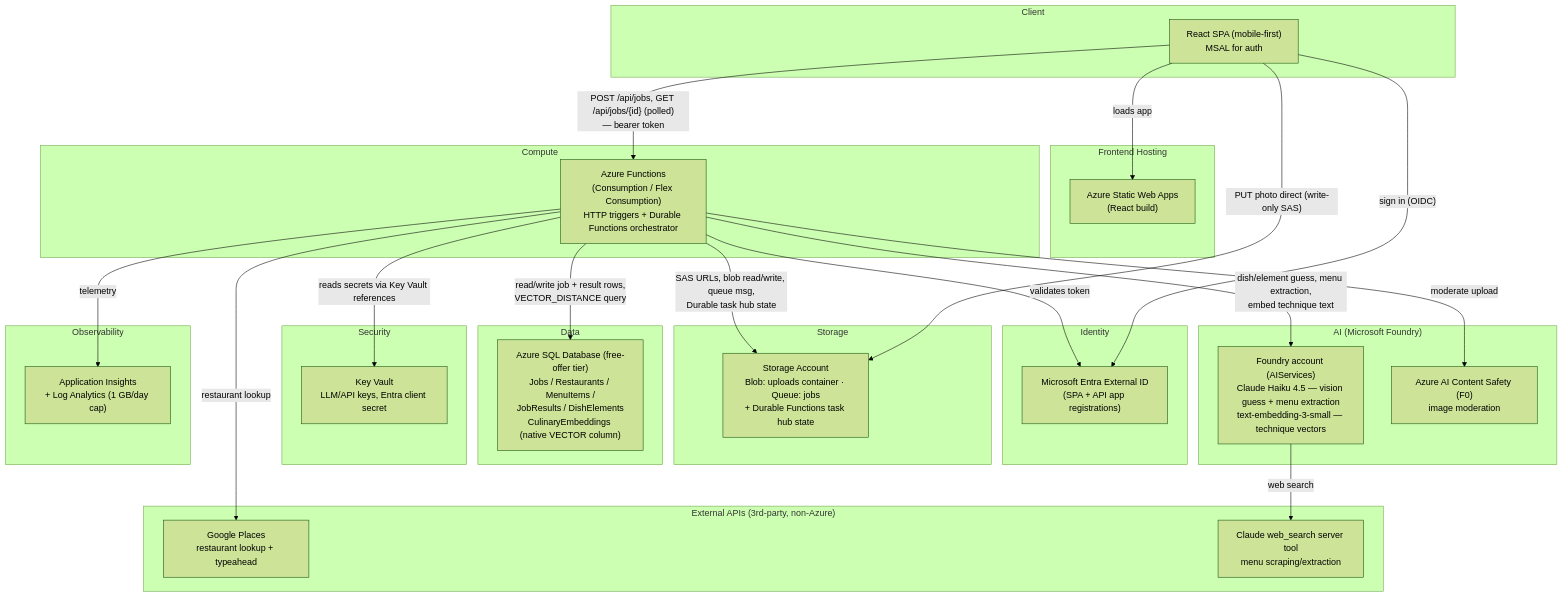
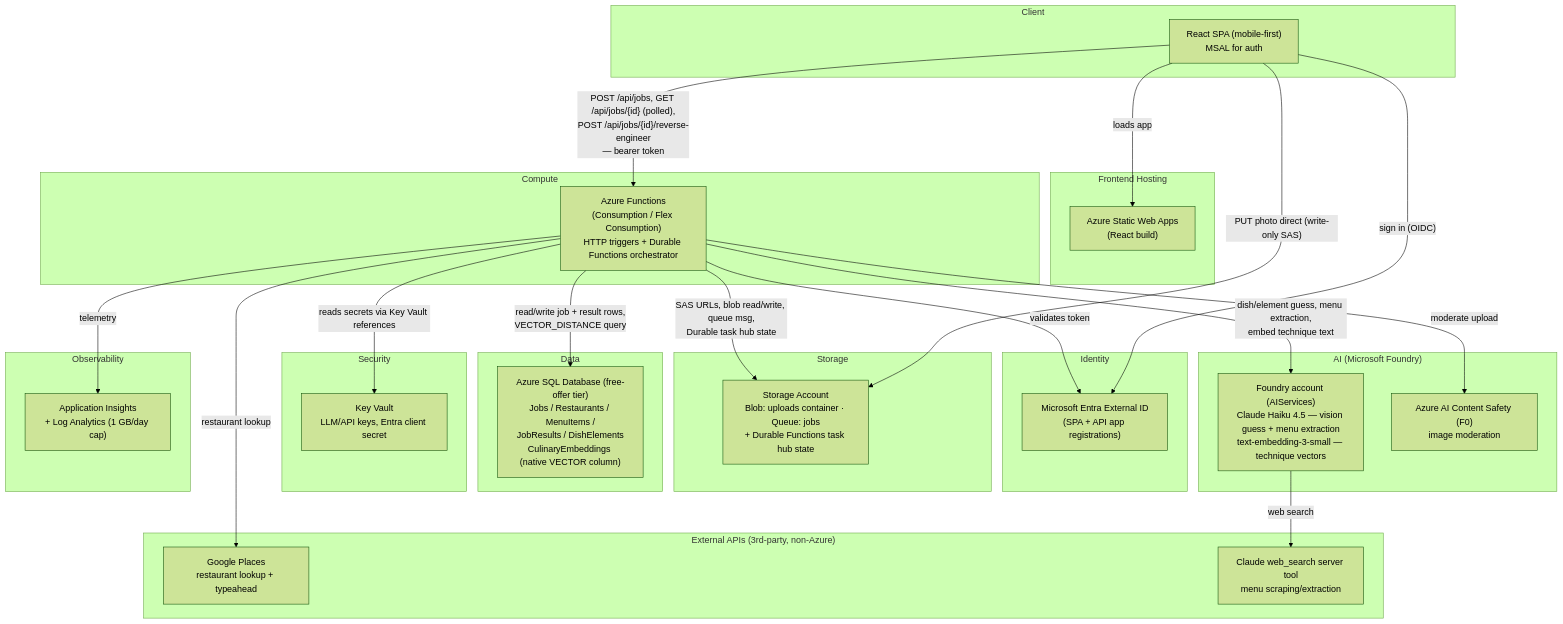
One commit to joelwood420/Replate changed the diagram in docs/architecture.md. Above: the diagram before and after it, drawn with Mermaid (forest theme). The commit also changed other lines of this file and 33 other files, not shown here.

````diff
--- a/docs/architecture.md
+++ b/docs/architecture.md
@@ -17,59 +17,59 @@
 ```mermaid
 flowchart TB
     subgraph Client["Client"]
         Browser["React SPA (mobile-first)<br/>MSAL for auth"]
     end
 
     subgraph Identity["Identity"]
         EntraID["Microsoft Entra External ID<br/>(SPA + API app registrations)"]
     end
 
     subgraph Hosting["Frontend Hosting"]
         SWA["Azure Static Web Apps<br/>(React build)"]
     end
 
     subgraph Compute["Compute"]
         FuncApp["Azure Functions<br/>(Consumption / Flex Consumption)<br/>HTTP triggers + Durable Functions orchestrator"]
     end
 
     subgraph Storage["Storage"]
         StorageAcct["Storage Account<br/>Blob: uploads container · Queue: jobs<br/>+ Durable Functions task hub state"]
     end
 
     subgraph Data["Data"]
         SQL["Azure SQL Database (free-offer tier)<br/>Jobs / Restaurants / MenuItems /<br/>JobResults / DishElements<br/>CulinaryEmbeddings (native VECTOR column)"]
     end
 
     subgraph Security["Security"]
         KeyVault["Key Vault<br/>LLM/API keys, Entra client secret"]
     end
 
     subgraph AI["AI (Microsoft Foundry)"]
         Foundry["Foundry account (AIServices)<br/>Claude Haiku 4.5 — vision guess + menu extraction<br/>text-embedding-3-small — technique vectors"]
         ContentSafety["Azure AI Content Safety (F0)<br/>image moderation"]
     end
 
     subgraph Observability["Observability"]
         AppInsights["Application Insights<br/>+ Log Analytics (1 GB/day cap)"]
     end
 
     subgraph External["External APIs (3rd-party, non-Azure)"]
         Places["Google Places<br/>restaurant lookup + typeahead"]
         WebSearch["Claude web_search server tool<br/>menu scraping/extraction"]
     end
 
     Browser -- "sign in (OIDC)" --> EntraID
     Browser -- "loads app" --> SWA
-    Browser -- "POST /api/jobs, GET /api/jobs/{id} (polled)<br/>— bearer token" --> FuncApp
+    Browser -- "POST /api/jobs, GET /api/jobs/{id} (polled),<br/>POST /api/jobs/{id}/reverse-engineer<br/>— bearer token" --> FuncApp
     Browser -- "PUT photo direct (write-only SAS)" --> StorageAcct
 
     FuncApp -- "validates token" --> EntraID
     FuncApp -- "SAS URLs, blob read/write, queue msg,<br/>Durable task hub state" --> StorageAcct
     FuncApp -- "reads secrets via Key Vault references" --> KeyVault
     FuncApp -- "restaurant lookup" --> Places
     FuncApp -- "dish/element guess, menu extraction,<br/>embed technique text" --> Foundry
     Foundry -- "web search" --> WebSearch
     FuncApp -- "moderate upload" --> ContentSafety
     FuncApp -- "read/write job + result rows,<br/>VECTOR_DISTANCE query" --> SQL
     FuncApp -- "telemetry" --> AppInsights
 ```
````
